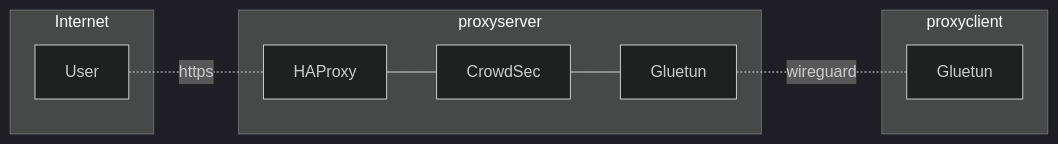
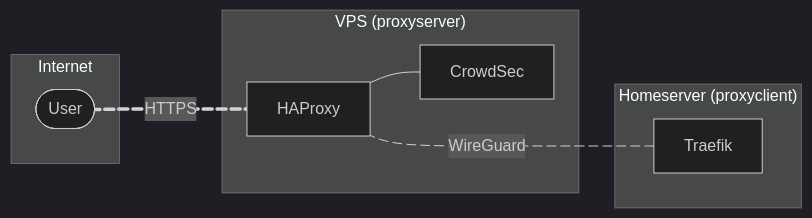
The diagram in docs/guide/advanced/proxy.md (hazzuk/karo-docs), drawn with Mermaid (dark theme) before and after one commit. The commit also changed other lines of this file, not shown here.

Commit message:
docs: update proxy guide chart with new software

````diff
--- a/docs/guide/advanced/proxy.md
+++ b/docs/guide/advanced/proxy.md
@@ -15,21 +15,22 @@
 ```mermaid
 flowchart LR
   subgraph Internet
-    User
+    User@{ shape: stadium }
   end
 
-  subgraph proxyserver
+  subgraph proxyserver ["VPS (proxyserver)"]
     HAProxy
     CrowdSec
-    Gluetun1[Gluetun]
   end
 
-  subgraph proxyclient
-    Gluetun2[Gluetun]
+  subgraph homeserver ["Homeserver (proxyclient)"]
+    Traefik
   end
 
-  User -. https .- HAProxy
+  User e1@===|HTTPS| HAProxy
   HAProxy --- CrowdSec
-  CrowdSec --- Gluetun1
-  Gluetun1 -. wireguard .-  Gluetun2
+  HAProxy e2@-..-|WireGuard| Traefik
+
+  e1@{ animation: fast }
+  e2@{ animation: slow }
 ```
````
